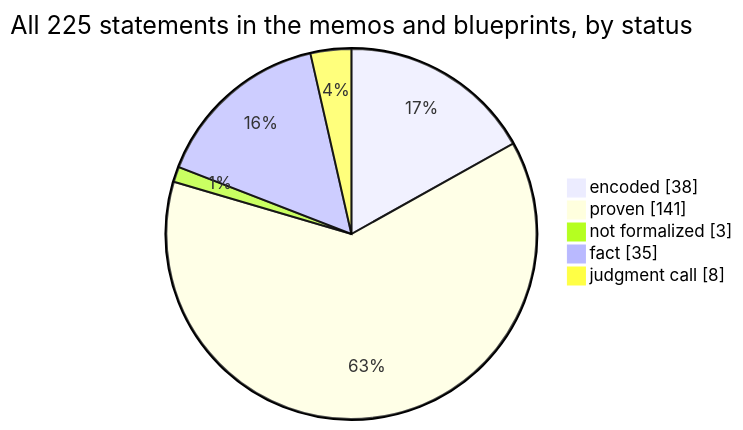
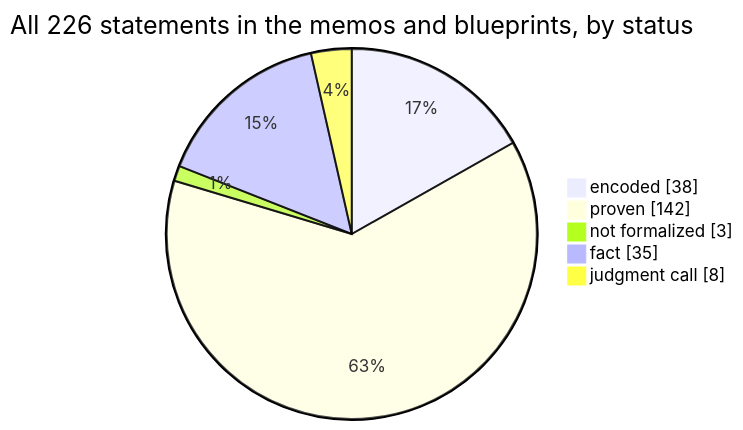
Before and after one commit to SeanWMurray/Canteen: the first of 4 diagrams in docs/graphs/dashboard.md, drawn with Mermaid. The commit also changed other lines of this file and 16 other files, not shown here.

````diff
--- a/docs/graphs/dashboard.md
+++ b/docs/graphs/dashboard.md
@@ -11,8 +11,8 @@
 ```mermaid
-pie showData title All 225 statements in the memos and blueprints, by status
+pie showData title All 226 statements in the memos and blueprints, by status
     "encoded" : 38
-    "proven" : 141
+    "proven" : 142
     "not formalized" : 3
     "fact" : 35
     "judgment call" : 8
 ```
````
